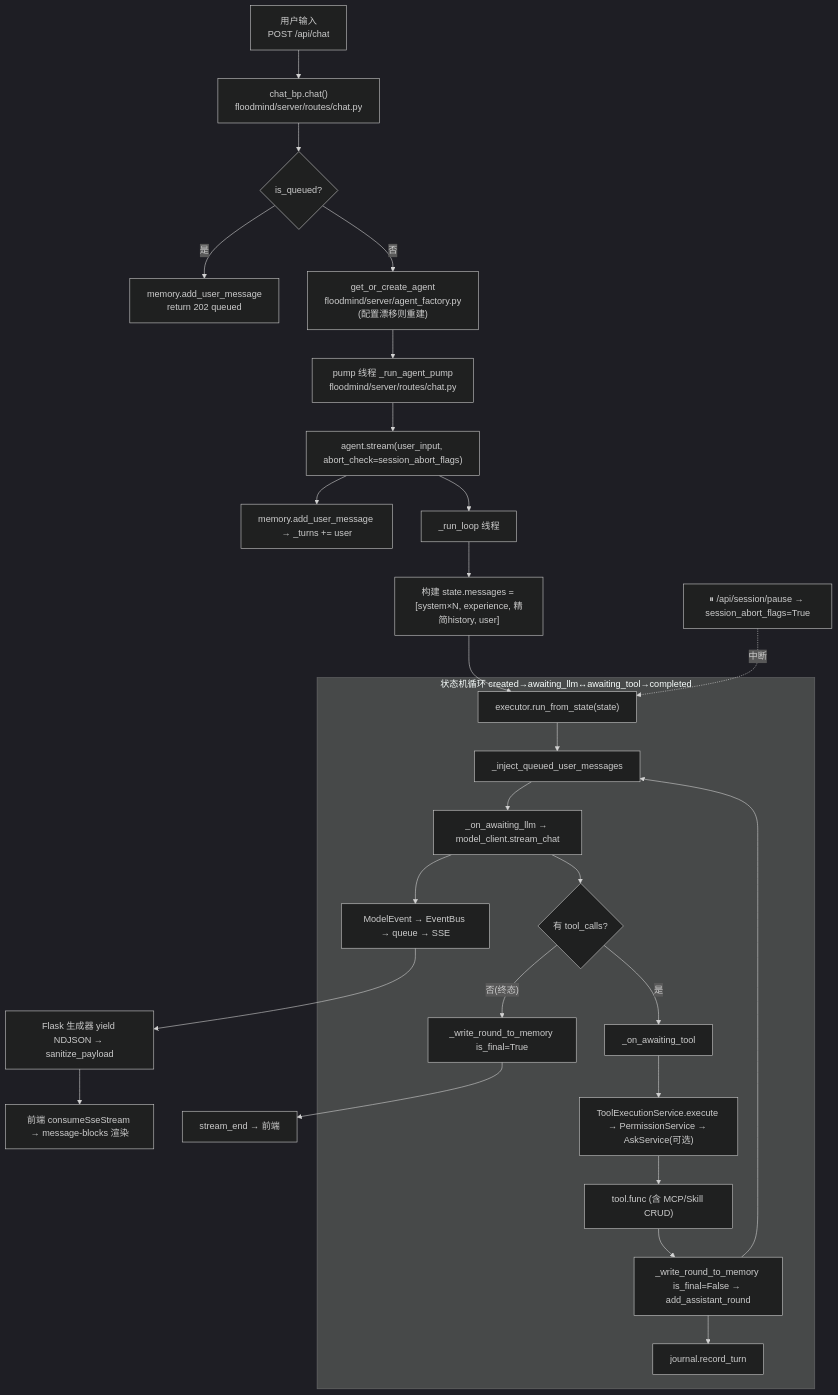
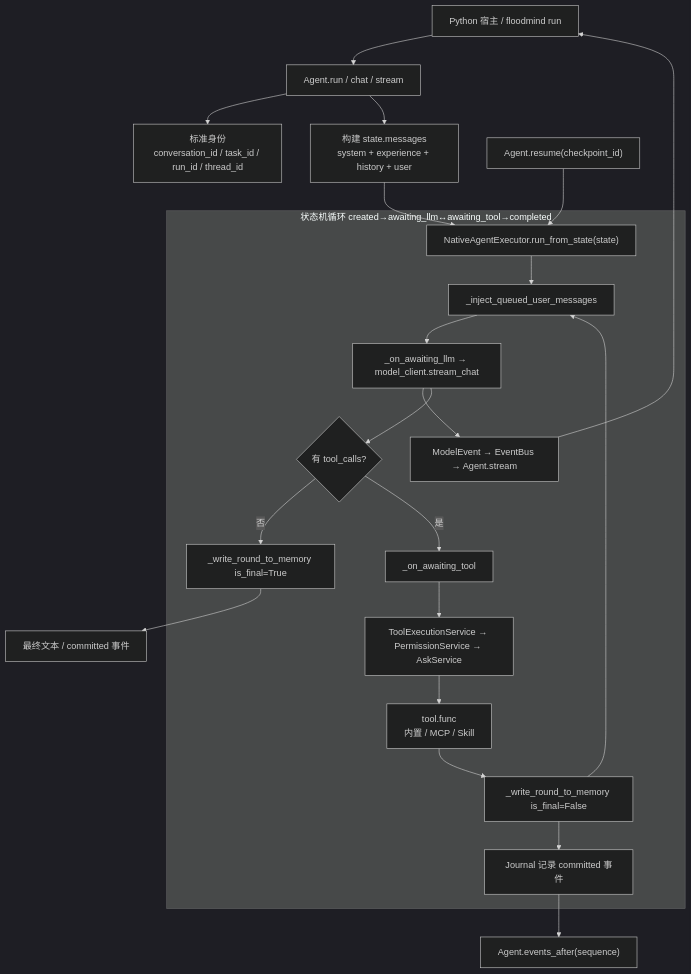
One commit to dancepandas/FloodMind changed the diagram in docs/architecture/OVERVIEW.md. Above: the diagram before and after it, drawn with Mermaid (dark theme). The commit also changed other lines of this file and 3 other files, not shown here.

````diff
--- a/docs/architecture/OVERVIEW.md
+++ b/docs/architecture/OVERVIEW.md
@@ -56,32 +51,26 @@
 ```mermaid
 flowchart TD
-  U["用户输入<br/>POST /api/chat"] --> CHAT["chat_bp.chat()<br/>floodmind/server/routes/chat.py"]
-  CHAT --> QC{is_queued?}
-  QC -- 是 --> Q["memory.add_user_message<br/>return 202 queued"]
-  QC -- 否 --> AF["get_or_create_agent<br/>floodmind/server/agent_factory.py<br/>(配置漂移则重建)"]
-  AF --> PUMP["pump 线程 _run_agent_pump<br/>floodmind/server/routes/chat.py"]
-  PUMP --> ST["agent.stream(user_input, abort_check=session_abort_flags)"]
-  ST --> AUM["memory.add_user_message → _turns += user"]
-  ST --> RLC["_run_loop 线程"]
-  RLC --> BUILD["构建 state.messages = [system×N, experience, 精简history, user]"]
-  BUILD --> EXEC["executor.run_from_state(state)"]
+  HOST["Python 宿主 / floodmind run"] --> API["Agent.run / chat / stream"]
+  API --> ID["标准身份<br/>conversation_id / task_id / run_id / thread_id"]
+  API --> BUILD["构建 state.messages<br/>system + experience + history + user"]
+  BUILD --> EXEC["NativeAgentExecutor.run_from_state(state)"]
 
   subgraph LOOP["状态机循环 created→awaiting_llm↔awaiting_tool→completed"]
     EXEC --> INJ["_inject_queued_user_messages"]
     INJ --> LLM["_on_awaiting_llm → model_client.stream_chat"]
-    LLM --> EVT["ModelEvent → EventBus → queue → SSE"]
+    LLM --> EVT["ModelEvent → EventBus → Agent.stream"]
     LLM --> TC{有 tool_calls?}
-    TC -- 否(终态) --> WR1["_write_round_to_memory is_final=True"]
+    TC -- 否 --> WR1["_write_round_to_memory is_final=True"]
     TC -- 是 --> AT["_on_awaiting_tool"]
-    AT --> PERM["ToolExecutionService.execute → PermissionService → AskService(可选)"]
-    PERM --> TOOL["tool.func (含 MCP/Skill CRUD)"]
-    TOOL --> WR2["_write_round_to_memory is_final=False → add_assistant_round"]
-    WR2 --> JOURNAL["journal.record_turn"]
+    AT --> PERM["ToolExecutionService → PermissionService → AskService"]
+    PERM --> TOOL["tool.func<br/>内置 / MCP / Skill"]
+    TOOL --> WR2["_write_round_to_memory is_final=False"]
+    WR2 --> JOURNAL["Journal 记录 committed 事件"]
     WR2 --> INJ
   end
 
-  EVT --> SSE["Flask 生成器 yield NDJSON → sanitize_payload"]
-  SSE --> FE["前端 consumeSseStream → message-blocks 渲染"]
-  WR1 --> DONE["stream_end → 前端"]
-  ABORT["⏸ /api/session/pause → session_abort_flags=True"] -.中断.-> EXEC
+  EVT --> HOST
+  JOURNAL --> EVENTS["Agent.events_after(sequence)"]
+  CHECKPOINT["Agent.resume(checkpoint_id)"] --> EXEC
+  WR1 --> DONE["最终文本 / committed 事件"]
 ```
````
